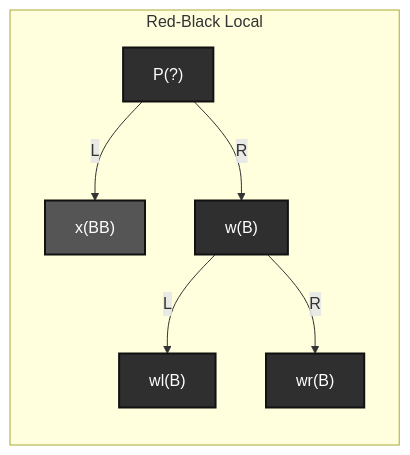
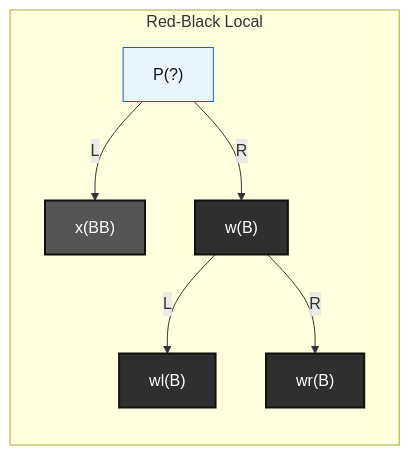
The seventh of 15 diagrams in knowledge/linux/data_structures/红黑树_rb-tree/P33_从多路删除到红黑缺口.md (FormingSystem/linux_note), drawn with Mermaid before and after one commit. The commit also changed other lines of this file and 5 other files, not shown here.

````diff
--- a/knowledge/linux/data_structures/红黑树_rb-tree/P33_从多路删除到红黑缺口.md
+++ b/knowledge/linux/data_structures/红黑树_rb-tree/P33_从多路删除到红黑缺口.md
@@ -257,21 +258,22 @@
 ```mermaid
 graph LR
 	subgraph "Red-Black Local"
 		P["P(?)"]
 		X["x(BB)"]
 		W["w(B)"]
 		WL["wl(B)"]
 		WR["wr(B)"]
 	end
 
 	P -->|"L"| X
 	P -->|"R"| W
 	W -->|"L"| WL
 	W -->|"R"| WR
 
 	classDef black fill:#2f2f2f,stroke:#111,color:#fff,stroke-width:2px;
 	classDef doubleblack fill:#555,stroke:#111,color:#fff,stroke-width:2px;
-	class P black;
+	classDef unknown fill:#e8f4ff,stroke:#1565c0,color:#111;
+	class P unknown;
 	class W,WL,WR black;
 	class X doubleblack;
 ```
````
